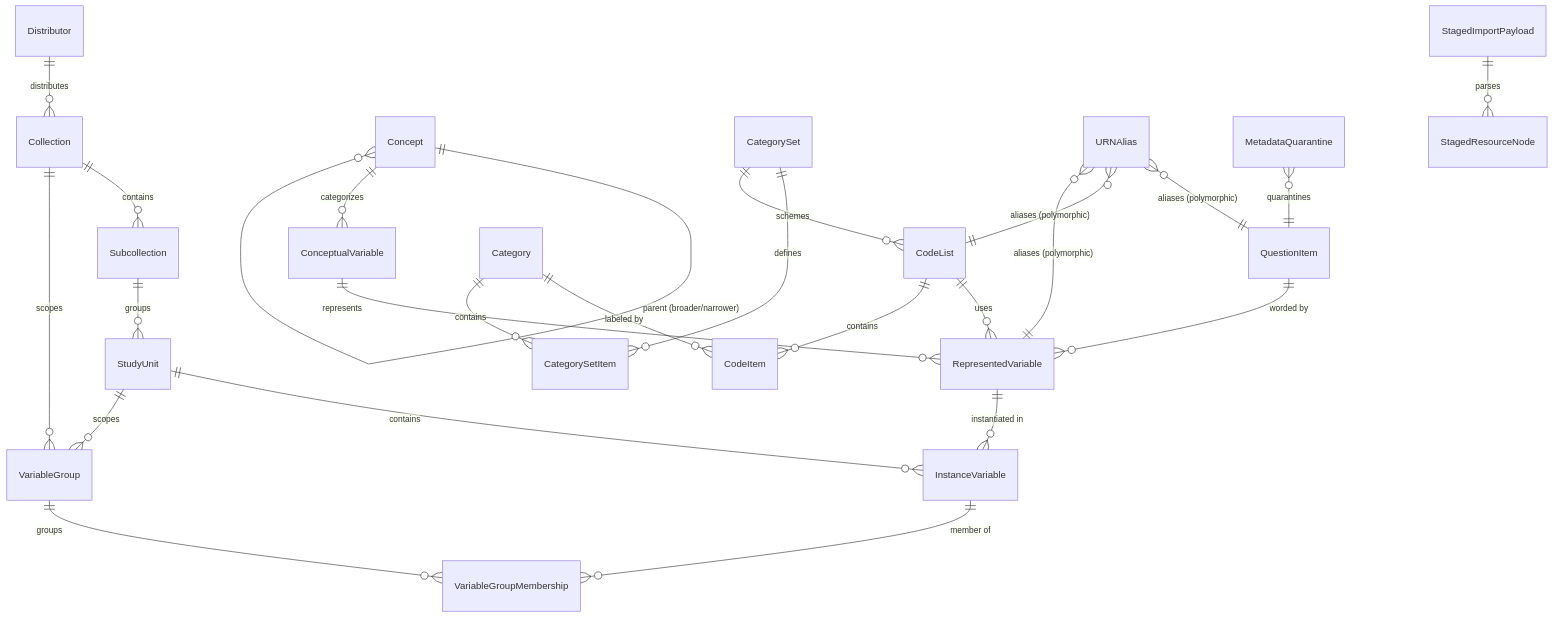
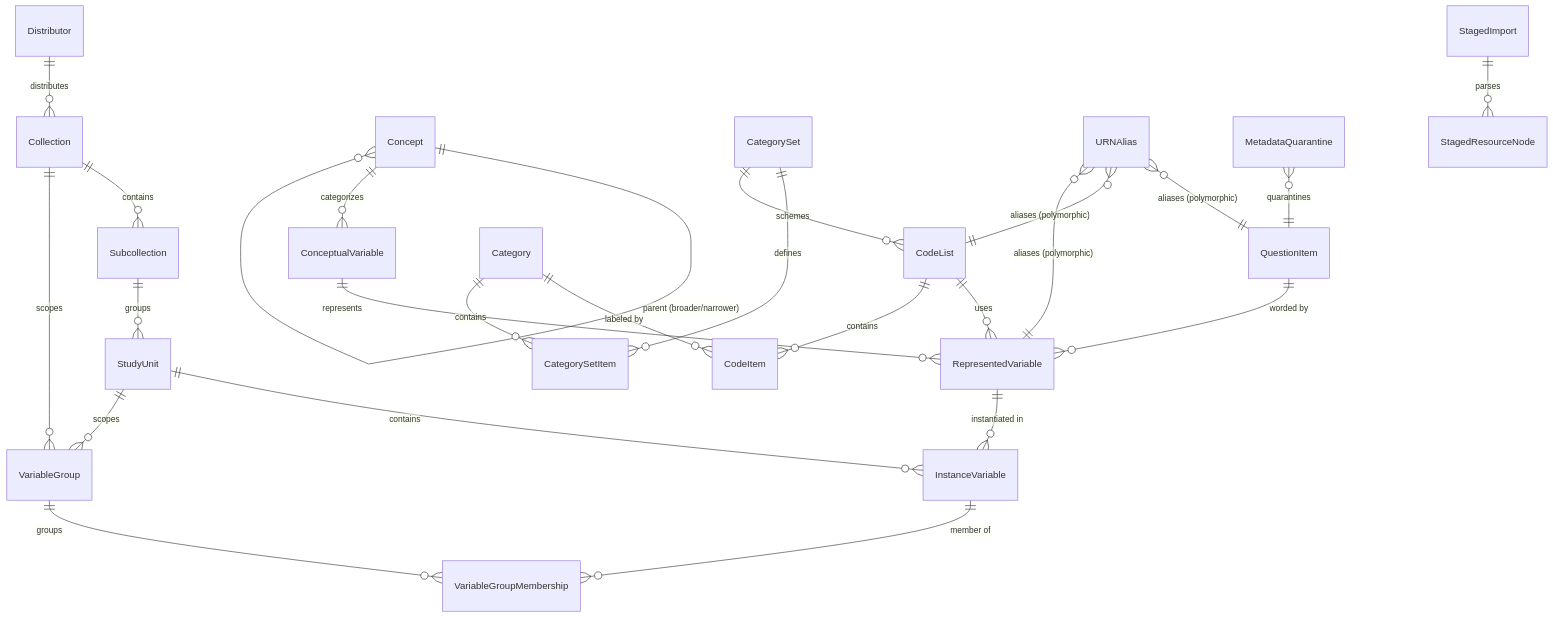
The first of 2 diagrams in deliverables/database.md (PlgaH/fairwddi-wp3-3), drawn with Mermaid before and after one commit. The commit also changed other lines of this file and 15 other files, not shown here.

Commit message:
refactor: rename StagedImportPayload to StagedImport and update schema to track import progress and metadata options.

````diff
--- a/deliverables/database.md
+++ b/deliverables/database.md
@@ -11,38 +11,38 @@
 ```mermaid
 erDiagram
     %% ── Organizational hierarchy ──
     Distributor ||--o{ Collection : distributes
     Collection ||--o{ Subcollection : contains
     Subcollection ||--o{ StudyUnit : groups
 
     %% ── Concept layer ──
     Concept ||--o{ Concept : "parent (broader/narrower)"
     Concept ||--o{ ConceptualVariable : categorizes
     ConceptualVariable ||--o{ RepresentedVariable : represents
 
     %% ── Representation layer ──
     QuestionItem ||--o{ RepresentedVariable : "worded by"
     CodeList ||--o{ RepresentedVariable : uses
     CodeList ||--o{ CodeItem : contains
     Category ||--o{ CodeItem : "labeled by"
     CategorySet ||--o{ CategorySetItem : defines
     Category ||--o{ CategorySetItem : contains
     CategorySet ||--o{ CodeList : schemes
 
     %% ── Dataset layer ──
     StudyUnit ||--o{ InstanceVariable : contains
     RepresentedVariable ||--o{ InstanceVariable : "instantiated in"
 
     %% ── Organization layer ──
     VariableGroup ||--o{ VariableGroupMembership : groups
     InstanceVariable ||--o{ VariableGroupMembership : "member of"
     StudyUnit ||--o{ VariableGroup : scopes
     Collection ||--o{ VariableGroup : scopes
 
     %% ── Normalization & Harmonization infrastructure ──
     URNAlias }o--|| QuestionItem : "aliases (polymorphic)"
     URNAlias }o--|| CodeList : "aliases (polymorphic)"
     URNAlias }o--|| RepresentedVariable : "aliases (polymorphic)"
     MetadataQuarantine }o--|| QuestionItem : "quarantines"
-    StagedImportPayload ||--o{ StagedResourceNode : parses
+    StagedImport ||--o{ StagedResourceNode : parses
 ```
````
